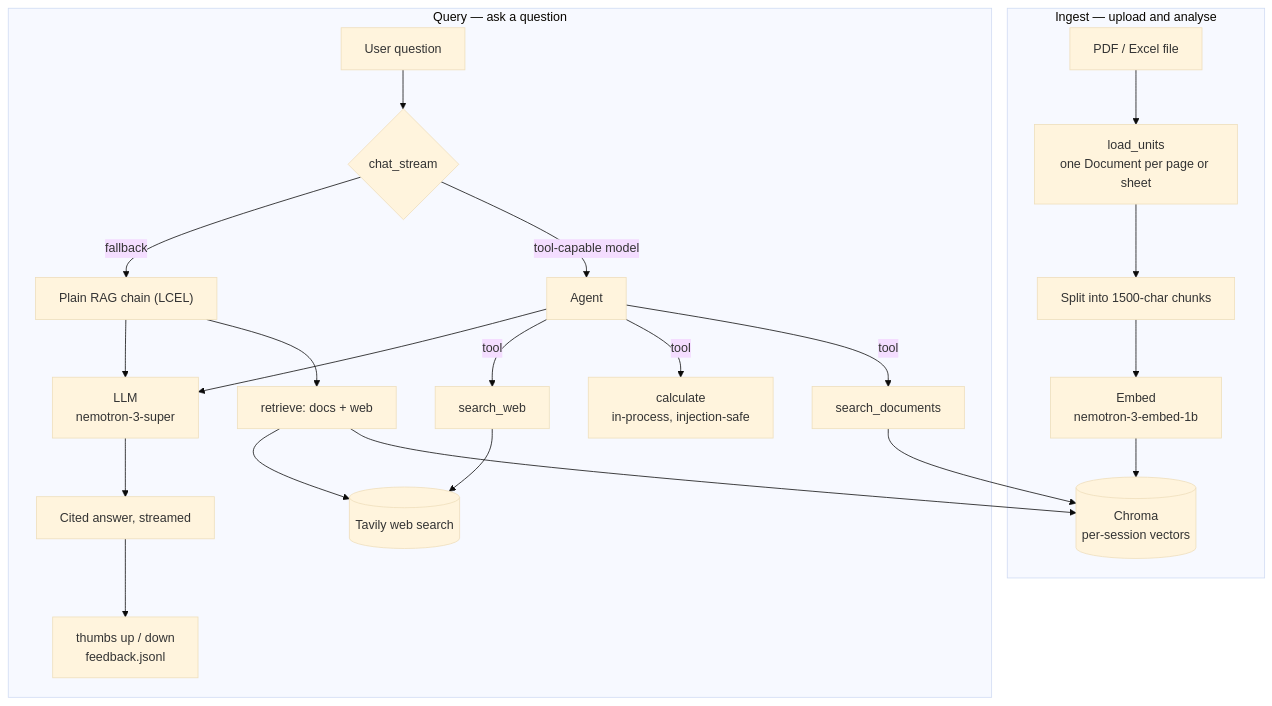
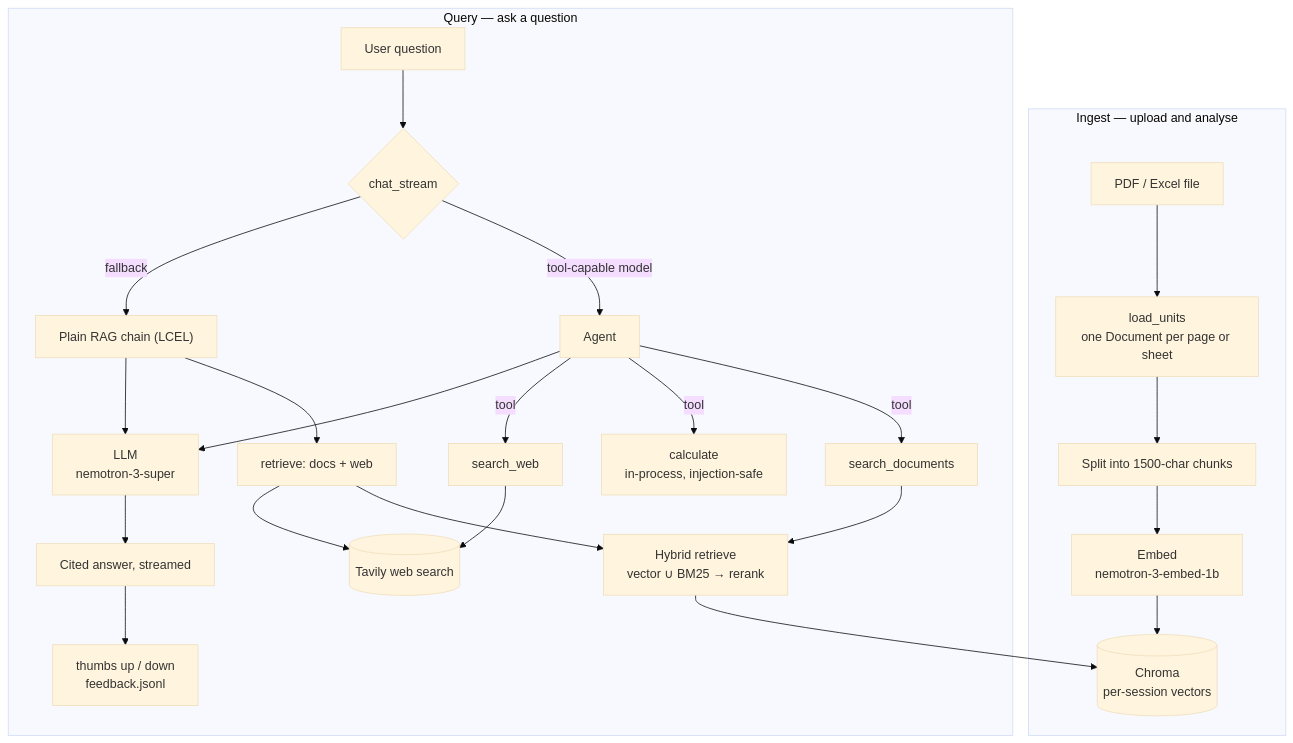
The diagram in README.md (yashoncode/docmagic), drawn with Mermaid (base theme) before and after one commit. The commit also changed other lines of this file and 3 other files, not shown here.

````diff
--- a/README.md
+++ b/README.md
@@ -38,30 +39,31 @@
 ```mermaid
 flowchart TD
     subgraph Ingest["Ingest — upload and analyse"]
         F["PDF / Excel file"] --> LU["load_units<br/>one Document per page or sheet"]
         LU --> SP["Split into 1500-char chunks"]
         SP --> EM["Embed<br/>nemotron-3-embed-1b"]
         EM --> DB[("Chroma<br/>per-session vectors")]
     end
 
     subgraph Query["Query — ask a question"]
         QN["User question"] --> CS{"chat_stream"}
         CS -->|tool-capable model| AG["Agent"]
         CS -->|fallback| CH["Plain RAG chain (LCEL)"]
 
         AG -->|tool| TD["search_documents"]
         AG -->|tool| TC["calculate<br/>in-process, injection-safe"]
         AG -->|tool| TW["search_web"]
         CH --> RT["retrieve: docs + web"]
 
-        TD --> DB
-        RT --> DB
+        TD --> HY["Hybrid retrieve<br/>vector ∪ BM25 → rerank"]
+        RT --> HY
+        HY --> DB
         TW --> TV[("Tavily web search")]
         RT --> TV
 
         AG --> GEN["LLM<br/>nemotron-3-super"]
         CH --> GEN
         GEN --> OUT["Cited answer, streamed"]
         OUT --> FB["thumbs up / down<br/>feedback.jsonl"]
     end
 ```
````
